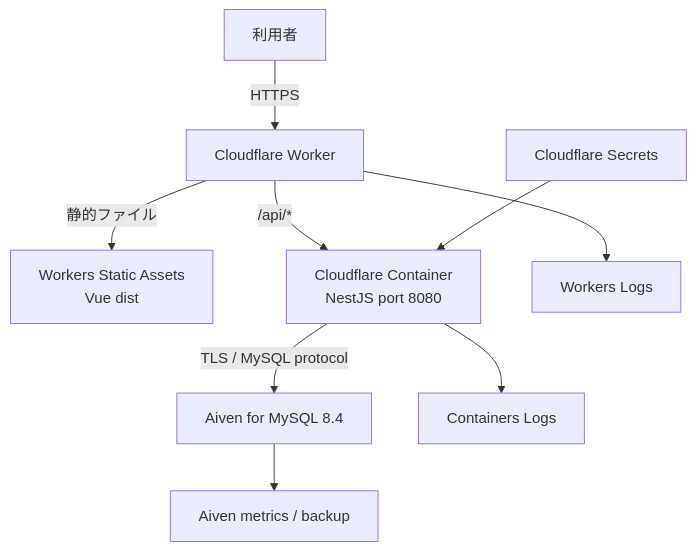
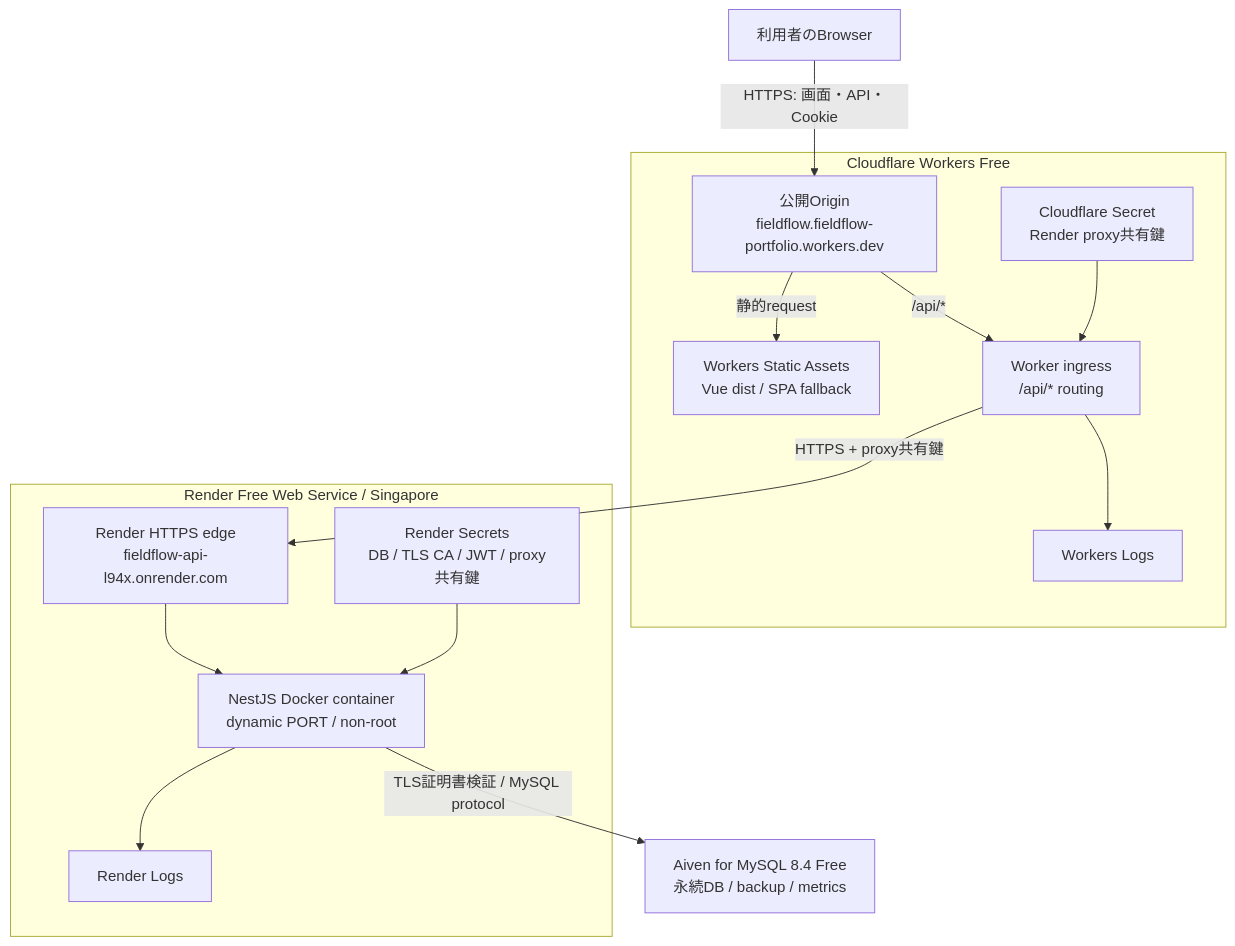
The first of 2 diagrams in docs/design/cloudflare-architecture.md (Hiroyuki-12/FieldFlow), drawn with Mermaid before and after one commit. The commit also changed other lines of this file and 65 other files, not shown here.

First line of the commit message:
feat: Cloudflare・Render・Aiven公開基盤を追加 (#42)

````diff
--- a/docs/design/cloudflare-architecture.md
+++ b/docs/design/cloudflare-architecture.md
@@ -11,11 +11,32 @@
 ```mermaid
 flowchart TD
-    U[利用者] -->|HTTPS| W[Cloudflare Worker]
-    W -->|静的ファイル| ASSET[Workers Static Assets<br/>Vue dist]
-    W -->|/api/*| CONTAINER[Cloudflare Container<br/>NestJS port 8080]
-    SECRET[Cloudflare Secrets] --> CONTAINER
-    CONTAINER -->|TLS / MySQL protocol| AIVEN[Aiven for MySQL 8.4]
-    W --> WLOG[Workers Logs]
-    CONTAINER --> CLOG[Containers Logs]
-    AIVEN --> AMETRIC[Aiven metrics / backup]
+    U[利用者のBrowser]
+
+    subgraph CF[Cloudflare Workers Free]
+        ORIGIN[公開Origin<br/>fieldflow.fieldflow-portfolio.workers.dev]
+        ASSET[Workers Static Assets<br/>Vue dist / SPA fallback]
+        WORKER[Worker ingress<br/>/api/* routing]
+        CFSECRET[Cloudflare Secret<br/>Render proxy共有鍵]
+        WLOG[Workers Logs]
+    end
+
+    subgraph RENDER[Render Free Web Service / Singapore]
+        REDGE[Render HTTPS edge<br/>fieldflow-api-l94x.onrender.com]
+        API[NestJS Docker container<br/>dynamic PORT / non-root]
+        RSECRET[Render Secrets<br/>DB / TLS CA / JWT / proxy共有鍵]
+        RLOG[Render Logs]
+    end
+
+    AIVEN[Aiven for MySQL 8.4 Free<br/>永続DB / backup / metrics]
+
+    U -->|HTTPS: 画面・API・Cookie| ORIGIN
+    ORIGIN -->|静的request| ASSET
+    ORIGIN -->|/api/*| WORKER
+    CFSECRET --> WORKER
+    WORKER -->|HTTPS + proxy共有鍵| REDGE
+    REDGE --> API
+    RSECRET --> API
+    API -->|TLS証明書検証 / MySQL protocol| AIVEN
+    WORKER --> WLOG
+    API --> RLOG
 ```
````
